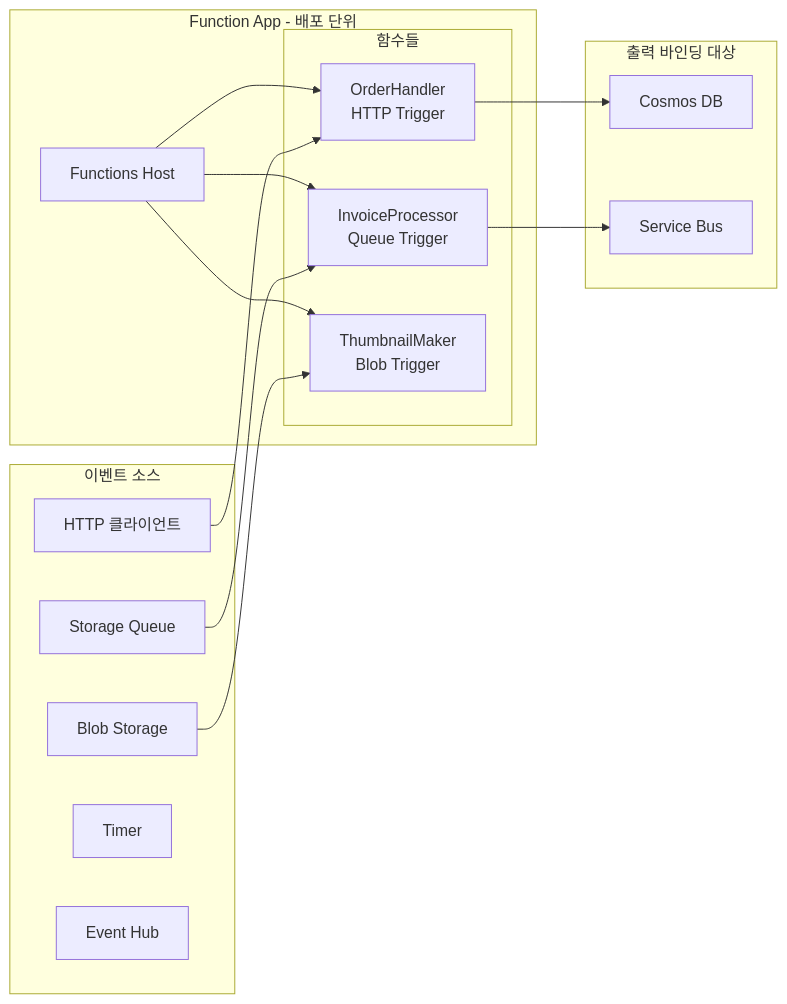
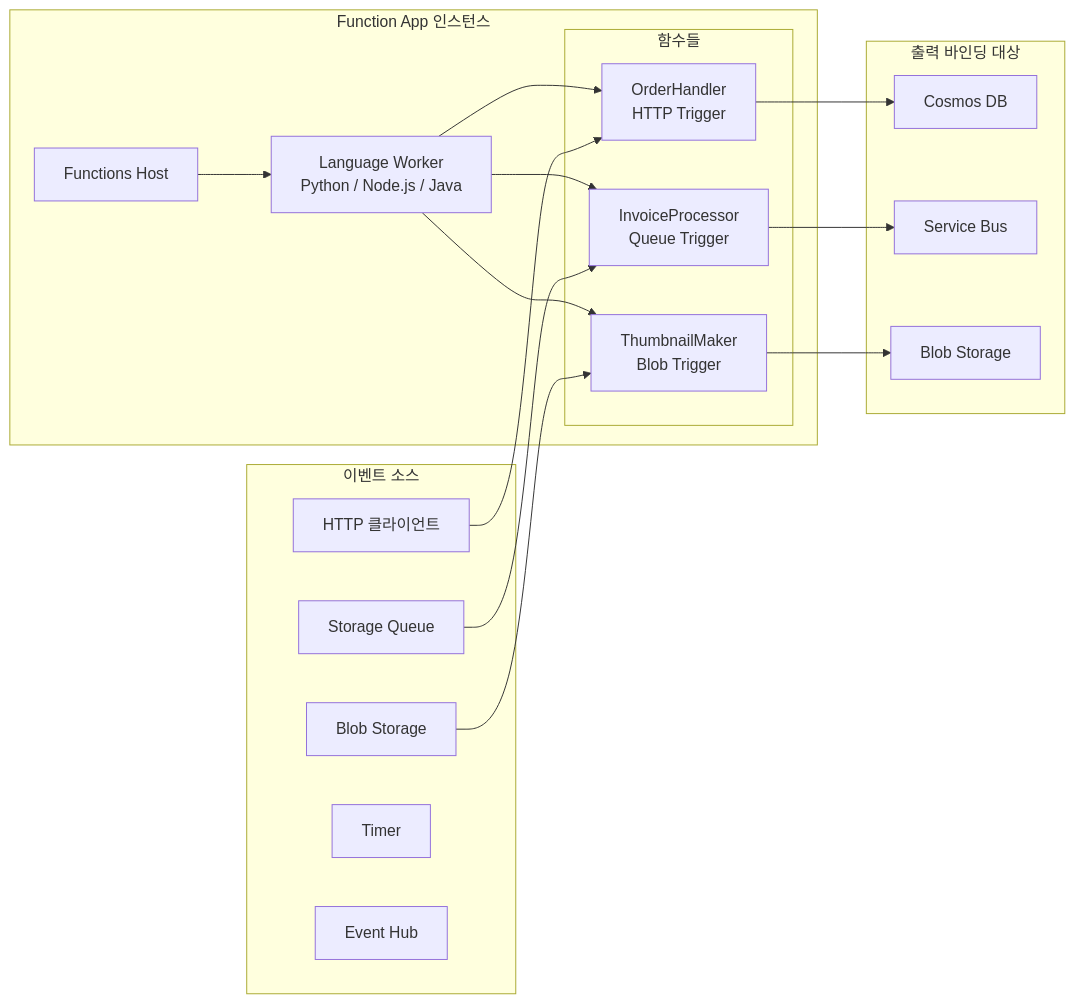
The third of 3 diagrams in azure-functions-101/ko/01-what-is-azure-functions.md (yeongseon-books/book-content), drawn with Mermaid before and after one commit. The commit also changed other lines of this file and 42 other files, not shown here.

First line of the commit message:
fix: 오라클 리뷰 반영 — Functions 101/Deep Dive 사실관계·톤·다이어그램 정리, App Service 101 ko/en 재구조화

````diff
--- a/azure-functions-101/ko/01-what-is-azure-functions.md
+++ b/azure-functions-101/ko/01-what-is-azure-functions.md
@@ -118,33 +118,37 @@
 ```mermaid
 flowchart LR
     subgraph Sources [이벤트 소스]
         S1[HTTP 클라이언트]
         S2[Storage Queue]
         S3[Blob Storage]
         S4[Timer]
         S5[Event Hub]
     end
 
-    subgraph FunctionApp [Function App - 배포 단위]
+    subgraph FunctionApp [Function App 인스턴스]
         Host[Functions Host]
+        Worker[Language Worker<br/>Python / Node.js / Java]
         subgraph Funcs [함수들]
             F1[OrderHandler<br/>HTTP Trigger]
             F2[InvoiceProcessor<br/>Queue Trigger]
             F3[ThumbnailMaker<br/>Blob Trigger]
         end
-        Host --> F1
-        Host --> F2
-        Host --> F3
+        Host --> Worker
+        Worker --> F1
+        Worker --> F2
+        Worker --> F3
     end
 
     subgraph Outputs [출력 바인딩 대상]
         O1[Cosmos DB]
         O2[Service Bus]
+        O3[Blob Storage]
     end
 
     S1 --> F1
     S2 --> F2
     S3 --> F3
     F1 --> O1
     F2 --> O2
+    F3 --> O3
 ```
````
